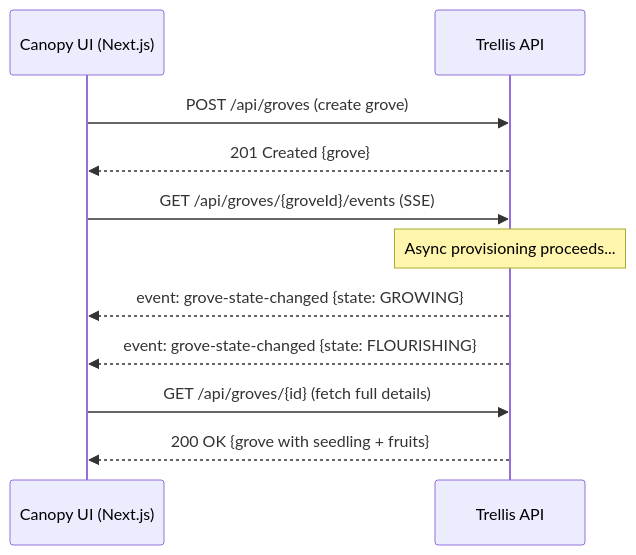
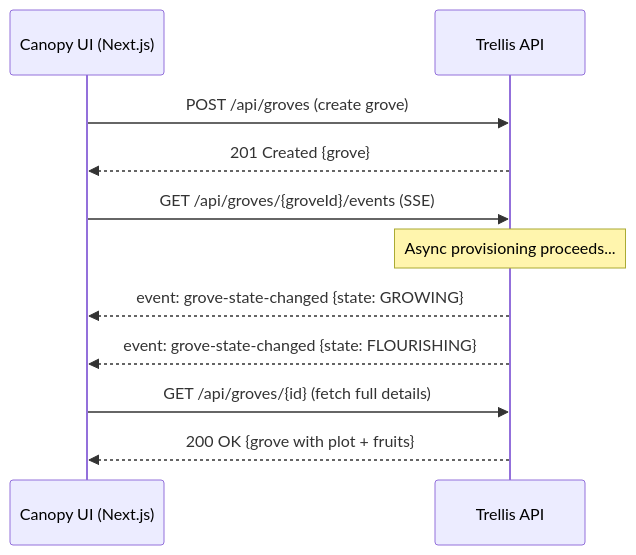
One commit to orchard-cde/orchard changed the third of 9 diagrams in docs/architecture/platform-architecture.md. Above: the diagram before and after it, drawn with Mermaid. The commit also changed other lines of this file and 83 other files, not shown here.

First line of the commit message:
refactor!: persist Grove.plot and dispatch on plot provenance (#215, #228) (#287)

````diff
--- a/docs/architecture/platform-architecture.md
+++ b/docs/architecture/platform-architecture.md
@@ -138,18 +138,18 @@
 ```mermaid
 sequenceDiagram
     participant UI as Canopy UI (Next.js)
     participant API as Trellis API
 
     UI->>API: POST /api/groves (create grove)
     API-->>UI: 201 Created {grove}
 
     UI->>API: GET /api/groves/{groveId}/events (SSE)
 
     Note over API: Async provisioning proceeds...
 
     API-->>UI: event: grove-state-changed {state: GROWING}
     API-->>UI: event: grove-state-changed {state: FLOURISHING}
 
     UI->>API: GET /api/groves/{id} (fetch full details)
-    API-->>UI: 200 OK {grove with seedling + fruits}
+    API-->>UI: 200 OK {grove with plot + fruits}
 ```
````
